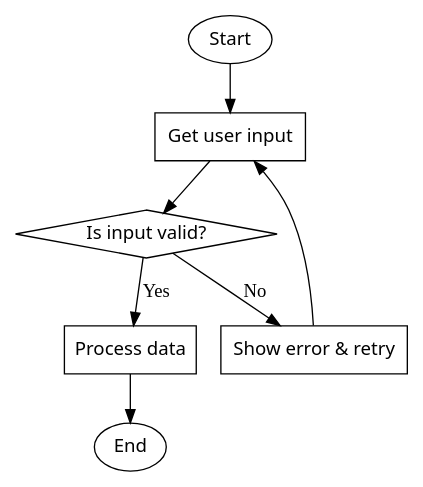
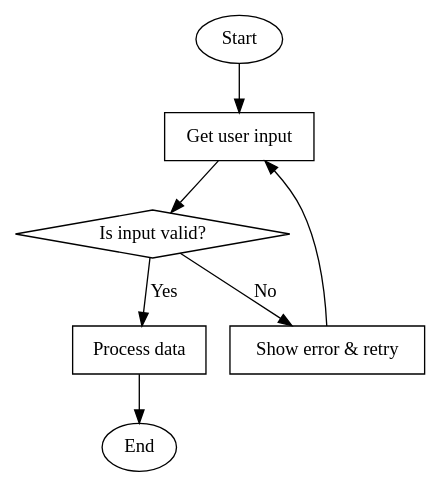
The diagram in flowChart.dot (Chaitanya84/SimpleRAG), drawn with Graphviz before and after one commit. The commit also changed 6 other files, not shown here.

```diff
--- a/flowChart.dot
+++ b/flowChart.dot
@@ -1,21 +1,21 @@
 
 digraph Flow {
   rankdir=TB; // Top to Bottom
-  node [shape=rectangle, fontname="Segoe UI"];
+  node [shape=rectangle, fontname="Cambria"];
 
   Start [label="Start", shape=oval];
   Input [label="Get user input"];
   Decision [label="Is input valid?", shape=diamond];
   Process [label="Process data"];
   Error [label="Show error & retry"];
   End [label="End", shape=oval];
 
   Start -> Input -> Decision;
   Decision -> Process [label="Yes"];
   Decision -> Error [label="No"];
   Error -> Input;
   Process -> End;
 
   // Aesthetics
   edge [fontname="Cambria" fontsize=20];
 }
```
